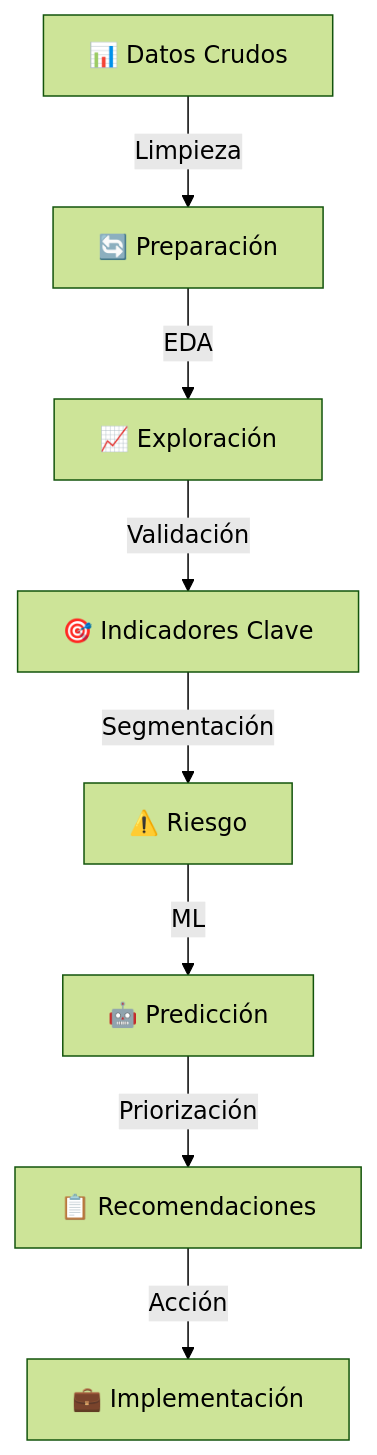
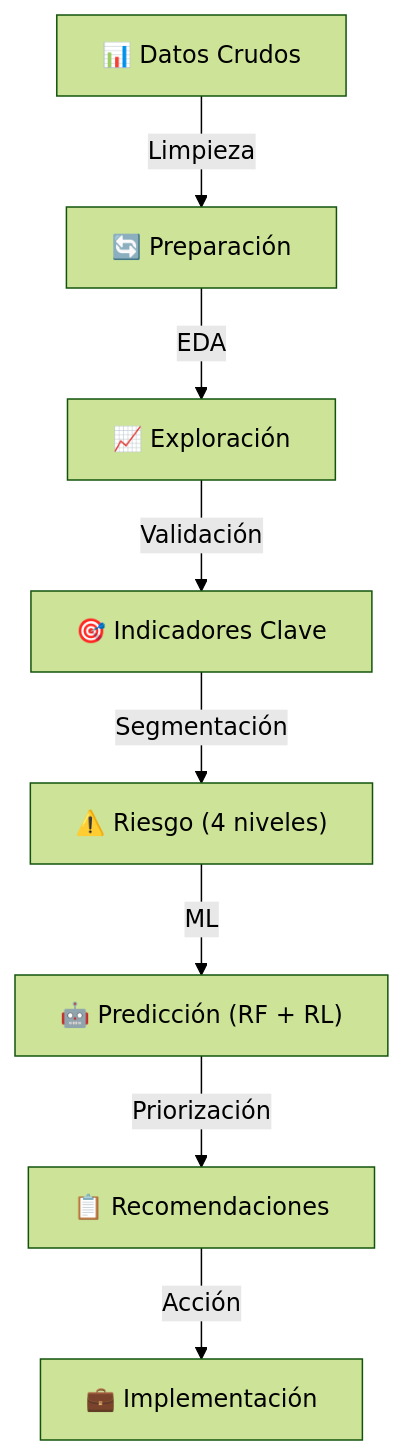
One commit to valkot/people-analytics changed the diagram in README.md. Above: the diagram before and after it, drawn with Mermaid (forest theme). The commit also changed other lines of this file and 20 other files, not shown here.

````diff
--- a/README.md
+++ b/README.md
@@ -281,10 +283,10 @@
 ```mermaid
 graph TD
     A["📊 Datos Crudos"] -->|Limpieza| B["🔄 Preparación"]
     B -->|EDA| C["📈 Exploración"]
     C -->|Validación| D["🎯 Indicadores Clave"]
-    D -->|Segmentación| E["⚠️ Riesgo"]
-    E -->|ML| F["🤖 Predicción"]
+    D -->|Segmentación| E["⚠️ Riesgo (4 niveles)"]
+    E -->|ML| F["🤖 Predicción (RF + RL)"]
     F -->|Priorización| G["📋 Recomendaciones"]
     G -->|Acción| H["💼 Implementación"]
 ```
````
